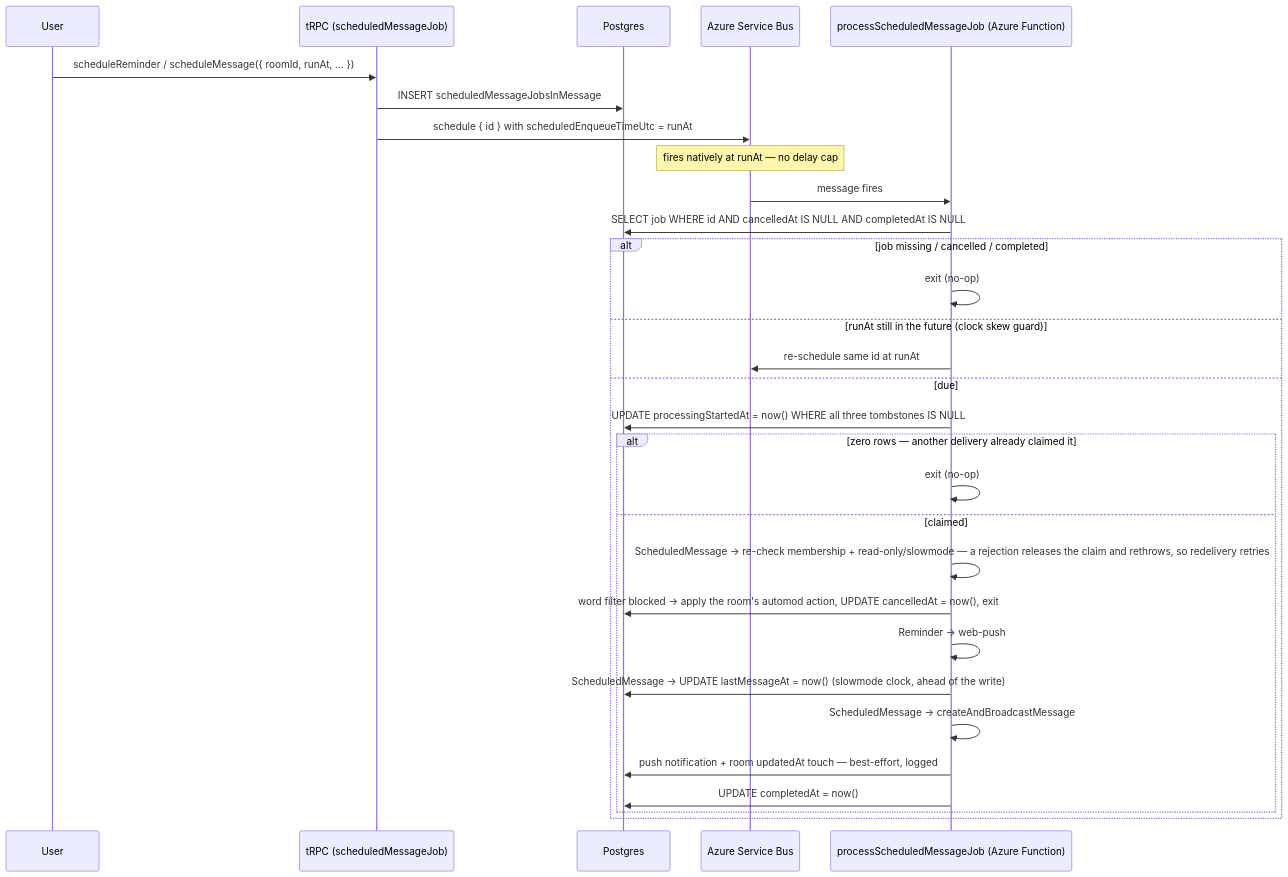
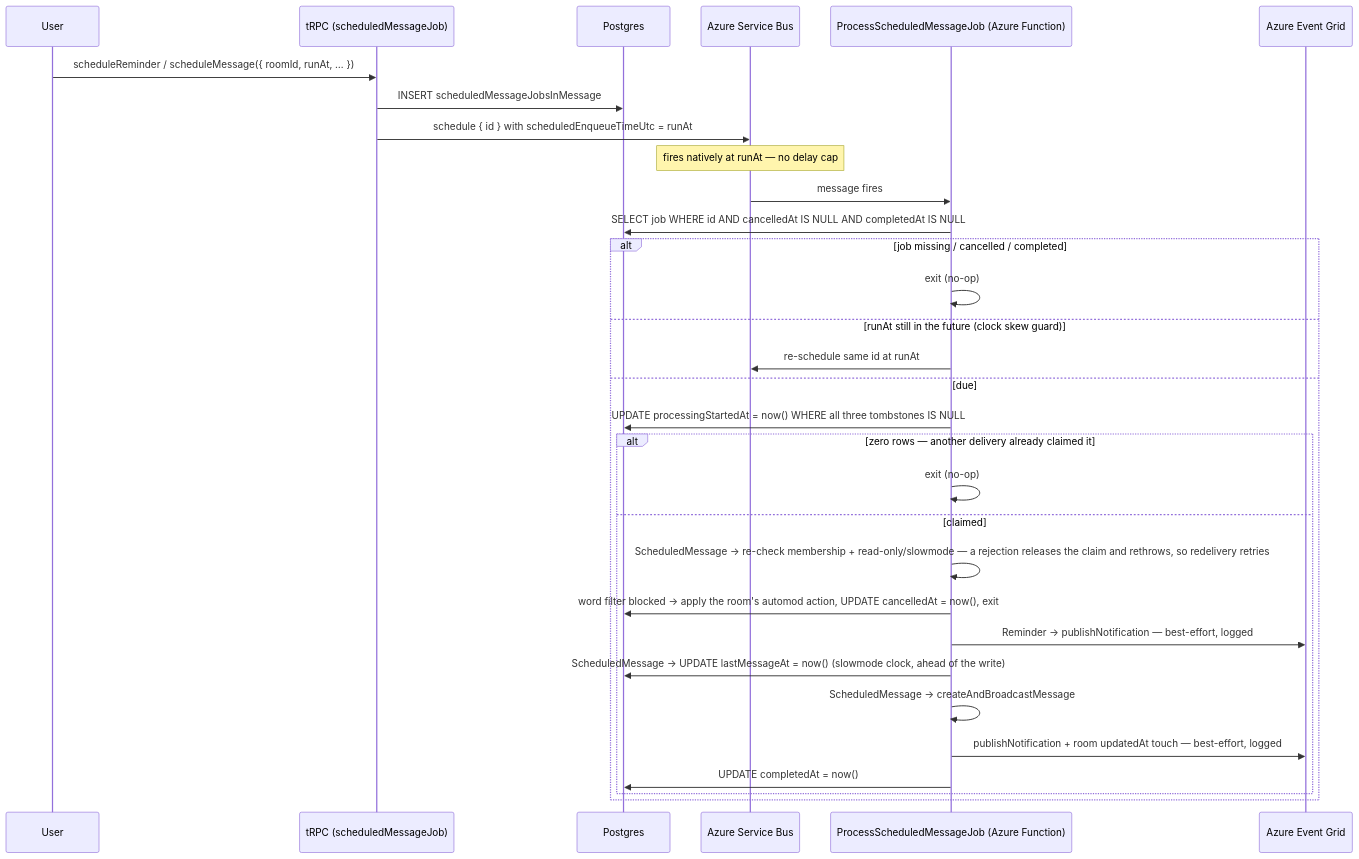
Before and after one commit to Esposter/Esposter: the diagram in packages/app/content/docs/esbabbler/scheduled-messages.md, drawn with Mermaid. The commit also changed other lines of this file and 16 other files, not shown here.

````diff
--- a/packages/app/content/docs/esbabbler/scheduled-messages.md
+++ b/packages/app/content/docs/esbabbler/scheduled-messages.md
@@ -12,34 +12,35 @@
 ```mermaid
 sequenceDiagram
     participant U as User
     participant T as tRPC (scheduledMessageJob)
     participant DB as Postgres
     participant Q as Azure Service Bus
-    participant F as processScheduledMessageJob (Azure Function)
+    participant F as ProcessScheduledMessageJob (Azure Function)
+    participant EG as Azure Event Grid
 
     U->>T: scheduleReminder / scheduleMessage({ roomId, runAt, … })
     T->>DB: INSERT scheduledMessageJobsInMessage
     T->>Q: schedule { id } with scheduledEnqueueTimeUtc = runAt
     Note over Q: fires natively at runAt — no delay cap
 
     Q->>F: message fires
     F->>DB: SELECT job WHERE id AND cancelledAt IS NULL AND completedAt IS NULL
     alt job missing / cancelled / completed
         F->>F: exit (no-op)
     else runAt still in the future (clock skew guard)
         F->>Q: re-schedule same id at runAt
     else due
         F->>DB: UPDATE processingStartedAt = now() WHERE all three tombstones IS NULL
         alt zero rows — another delivery already claimed it
             F->>F: exit (no-op)
         else claimed
             F->>F: ScheduledMessage → re-check membership + read-only/slowmode — a rejection releases the claim and rethrows, so redelivery retries
             F->>DB: word filter blocked → apply the room's automod action, UPDATE cancelledAt = now(), exit
-            F->>F: Reminder → web-push
+            F->>EG: Reminder → publishNotification — best-effort, logged
             F->>DB: ScheduledMessage → UPDATE lastMessageAt = now() (slowmode clock, ahead of the write)
             F->>F: ScheduledMessage → createAndBroadcastMessage
-            F->>DB: push notification + room updatedAt touch — best-effort, logged
+            F->>EG: publishNotification + room updatedAt touch — best-effort, logged
             F->>DB: UPDATE completedAt = now()
         end
     end
 ```
````
